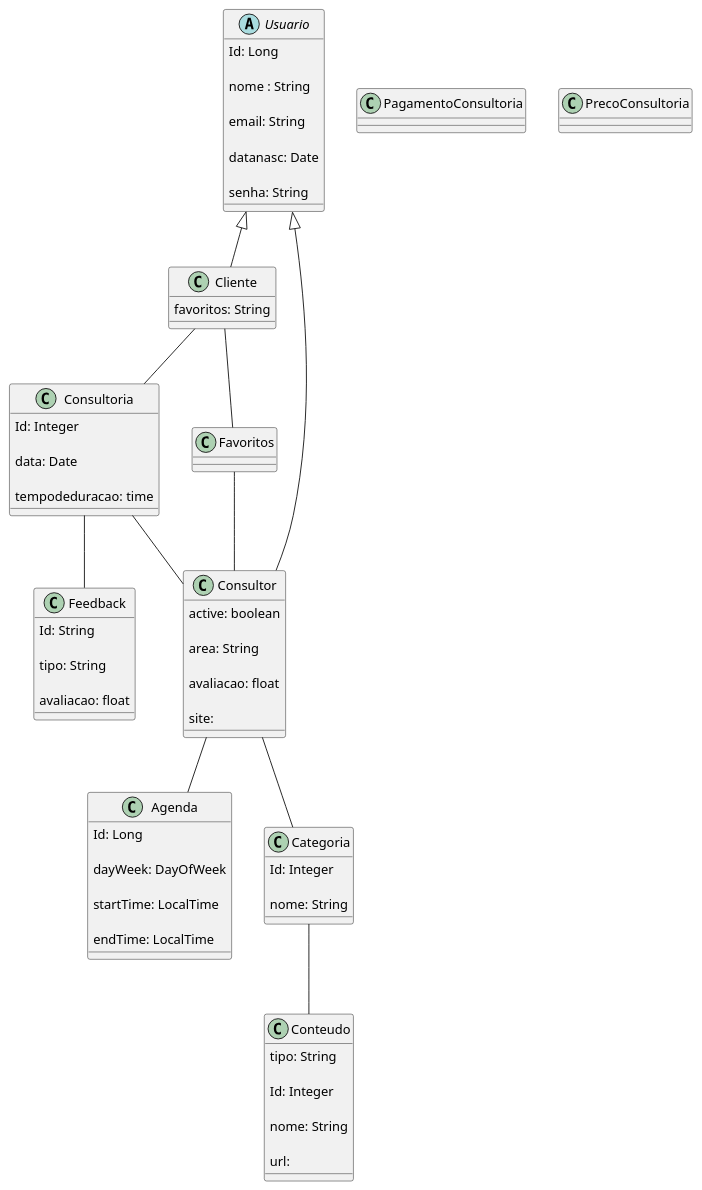
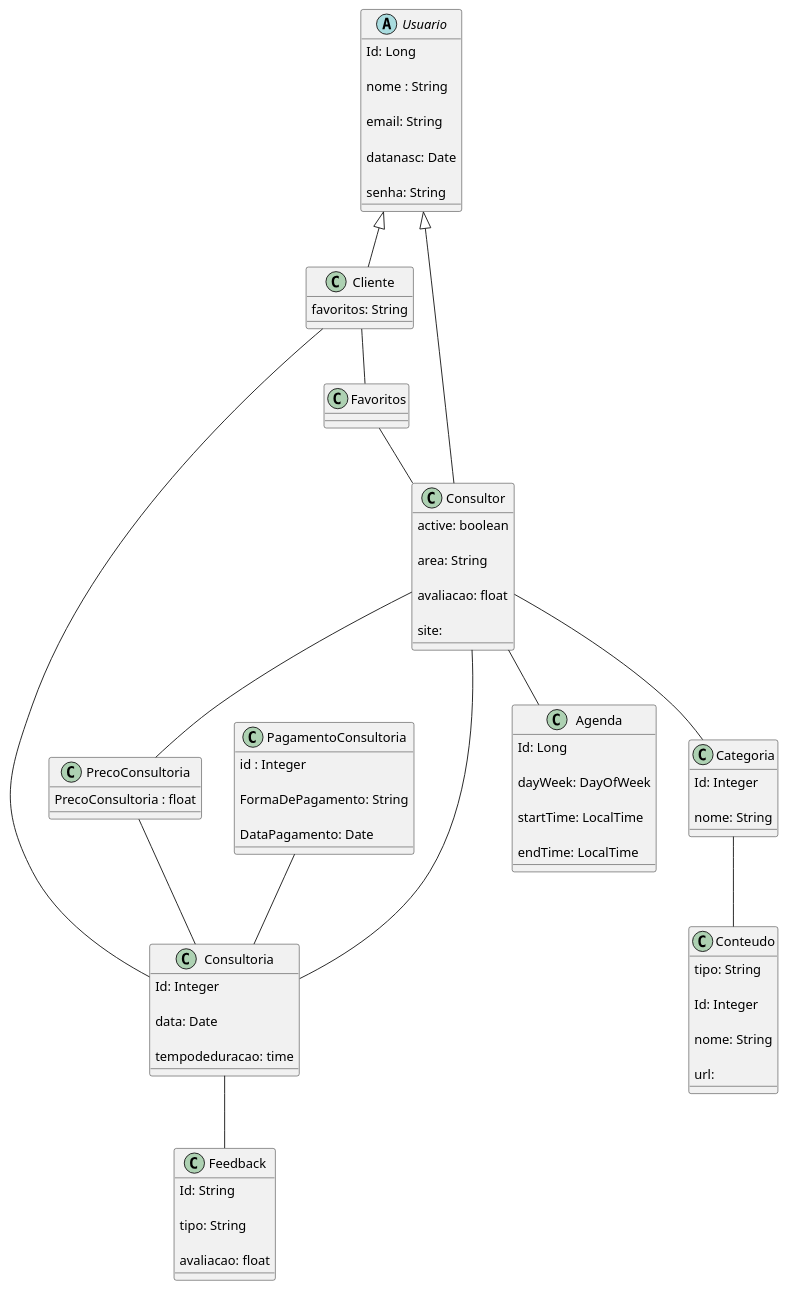
The diagram in docs/modeloConceitual/modConceitual.puml (camycamyha/projetoEngSoftware), drawn with PlantUML before and after one commit.

Commit message:
modificação no modelo conceitual 25/09/23

```diff
--- a/docs/modeloConceitual/modConceitual.puml
+++ b/docs/modeloConceitual/modConceitual.puml
@@ -1,147 +1,157 @@
 @startuml "Modelo Conceitual"
 
 abstract class Usuario {
 
     Id: Long
 
     nome : String
 
     email: String
 
     datanasc: Date
 
     senha: String
 
  
 
 }  
 
  
 
 class Consultor {
 
     active: boolean
 
     area: String
 
     avaliacao: float 
 
     site:  
 
 }
 
  
 
 class Cliente {
 
     favoritos: String
 
 }
 
 
 
  class Favoritos {
 
 
 }
 
  
 
 
 class Consultoria{
 
     Id: Integer
 
     data: Date
 
     tempodeduracao: time
 
 }
 
  
 
  class PagamentoConsultoria {
+  
+   id : Integer
 
+   FormaDePagamento: String
+
+   DataPagamento: Date
+}
+
+class PrecoConsultoria{
+
+   PrecoConsultoria : float
 
 }
-
-
-class PrecoConsultoria {
-    
-
-}
-
  
 
 class Agenda {
 
     Id: Long
 
     dayWeek: DayOfWeek
 
     startTime: LocalTime
 
     endTime: LocalTime
 
    
 
 }
 
  
 
 Class Categoria{
 
     Id: Integer
 
     nome: String
 
 }
 
  
 
 Class Conteudo{
 
   tipo: String
 
   Id: Integer
 
   nome: String 
 
   url: 
 
 }
 
 Class Feedback{
 
     Id: String
 
     tipo: String
 
     avaliacao: float
 
 }
 
  
 
  
 Cliente -- Favoritos
 
 Favoritos -- Consultor
 
 Consultor -- Categoria
 
 Categoria -- Conteudo
 
 Consultor --|> Usuario
 
 Usuario <|-- Cliente
 
 Consultoria --Feedback
 
 Cliente -- Consultoria
 
 Consultoria -- Consultor
 
 Consultor -- Agenda
 
+PagamentoConsultoria -- Consultoria
+
+PrecoConsultoria -- Consultoria
+
+Consultor -- PrecoConsultoria
+
+
 @enduml
```
